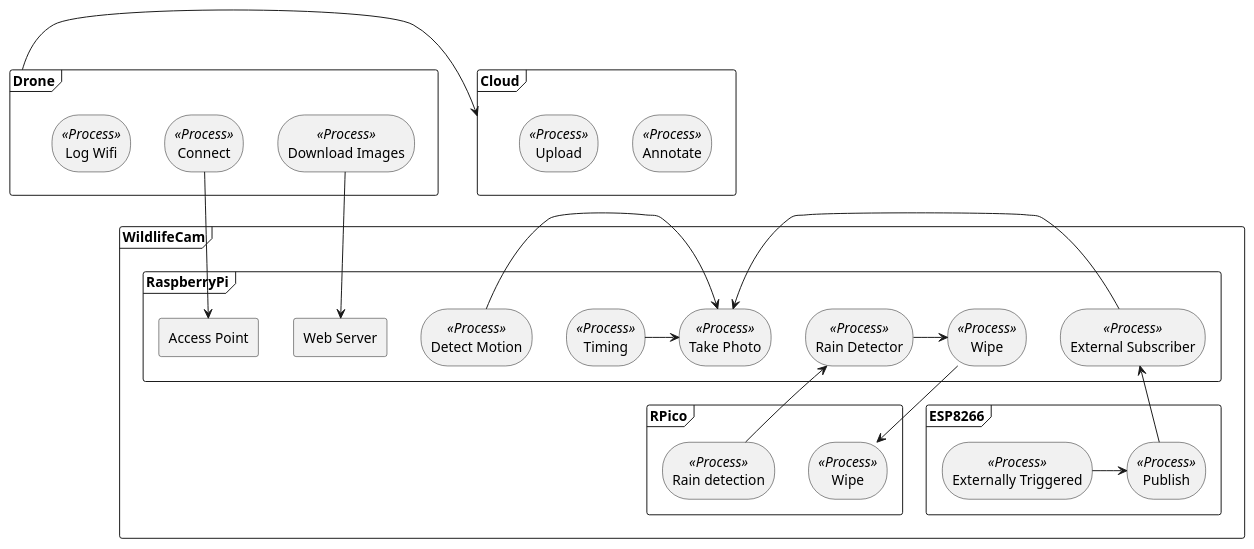
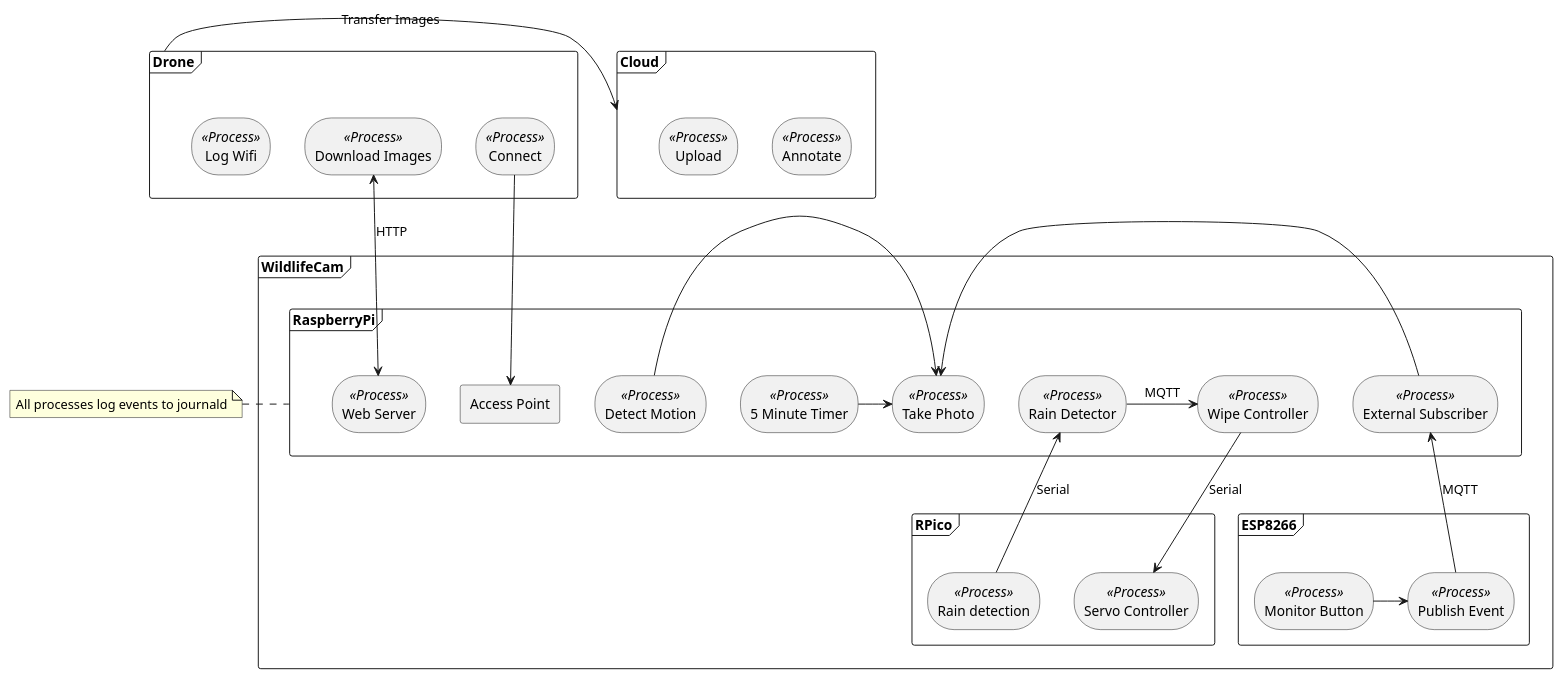
One commit to AlexanderNorup/emli-wildlife-project changed the diagram in diagrams/overview.wsd. Above: the diagram before and after it, drawn with PlantUML.

Commit message:
updating diagram to be BETTER

```diff
--- a/diagrams/overview.wsd
+++ b/diagrams/overview.wsd
@@ -1,64 +1,69 @@
 @startuml
 
 
 skinparam rectangle {
     roundCorner<<Process>> 54
 }
 
+note "All processes log events to journald" as logNote
 
 frame WildlifeCam {
+  
+
   frame RaspberryPi {
     rectangle "Take Photo" <<Process>> as rpiPhoto
-    rectangle "Timing" <<Process>> as rpiTime
+    rectangle "5 Minute Timer" <<Process>> as rpiTime
     rectangle "Detect Motion" <<Process>> as rpiMotion
     rectangle "External Subscriber" <<Process>> as rpiExternal
     rectangle "Rain Detector" <<Process>> as rpiRain
-    rectangle "Wipe" <<Process>> as rpiWipe
+    rectangle "Wipe Controller" <<Process>> as rpiWipe
     rectangle "Access Point" as rpiAcc
-    rectangle "Web Server" as rpiWeb
+    rectangle "Web Server" <<Process>> as rpiWeb
     
   }
   
   frame ESP8266 {
-    rectangle "Externally Triggered" <<Process>> as espTrig
-    rectangle "Publish" <<Process>> as espPublish
+    rectangle "Monitor Button" <<Process>> as espTrig
+    rectangle "Publish Event" <<Process>> as espPublish
   }
   
   frame RPico {
     rectangle "Rain detection" <<Process>> as pcDetect
-    rectangle "Wipe" <<Process>> as pcWipe
+    rectangle "Servo Controller" <<Process>> as pcWipe
   }
 }
 
 frame Drone {
   rectangle "Connect" <<Process>> as dConnect
   rectangle "Download Images" <<Process>> as dSync
   rectangle "Log Wifi" <<Process>> as dLogWifi
 }
 
 frame Cloud {
   rectangle "Annotate" <<Process>> as cAnn
   rectangle "Upload" <<Process>> as cUp
 }
 
+logNote .-right- RaspberryPi
 
-pcDetect -up-> rpiRain
-rpiRain -> rpiWipe
-rpiWipe -> pcWipe
+
+pcDetect -up-> rpiRain : Serial
+rpiRain -> rpiWipe : MQTT
+rpiWipe -> pcWipe : Serial
 
 rpiTime -> rpiPhoto
 rpiMotion -> rpiPhoto
 rpiExternal -left-> rpiPhoto
 
 espTrig -> espPublish
-espPublish -up-> rpiExternal
+espPublish -up-> rpiExternal : MQTT
 
 dConnect -down-> rpiAcc
-dSync -> rpiWeb
+dSync <-> rpiWeb : HTTP
 
-Drone -> Cloud
+Drone -> Cloud : "Transfer Images"
 
 
 
 
 @enduml
```
